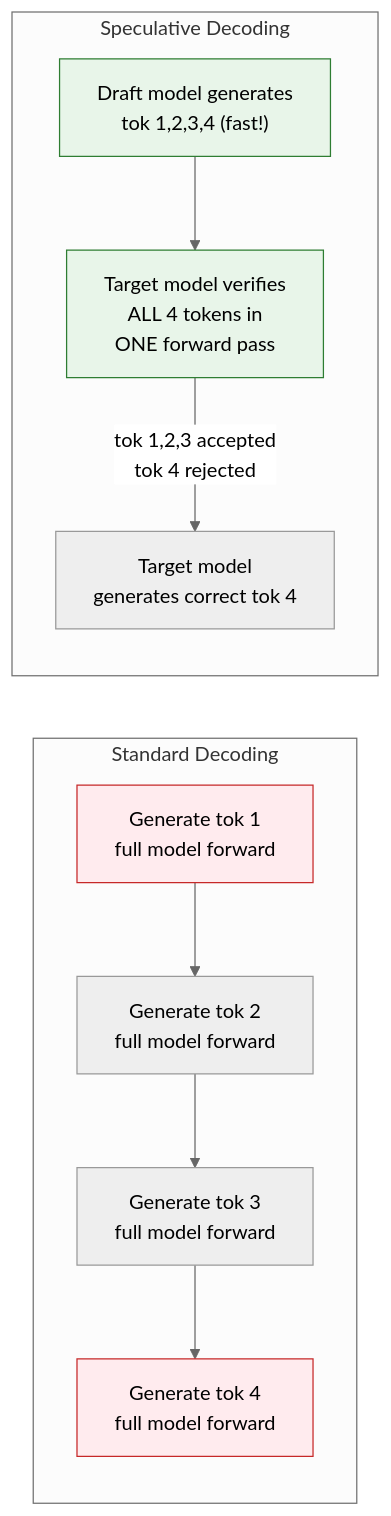
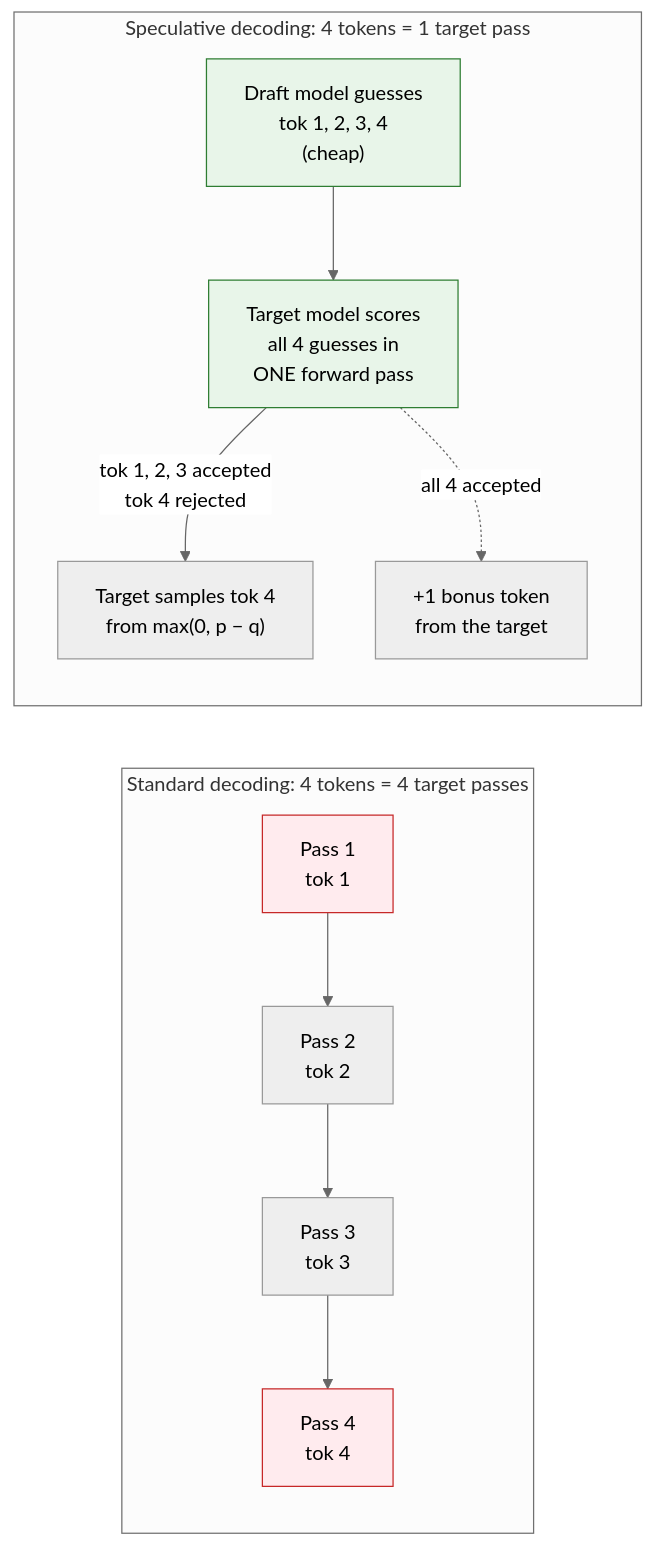
Diagram 19 of 26 in content/34b_google_top10_ml_interview_part2.md (Hmago/ml4), drawn with Mermaid (neutral theme) before and after one commit. The commit also changed other lines of this file and 59 other files, not shown here.

````diff
--- a/content/34b_google_top10_ml_interview_part2.md
+++ b/content/34b_google_top10_ml_interview_part2.md
@@ -1355,18 +2195,19 @@
 ```mermaid
 graph LR
-    subgraph "Standard Decoding"
-        S1["Generate tok 1<br/>full model forward"] --> S2["Generate tok 2<br/>full model forward"]
-        S2 --> S3["Generate tok 3<br/>full model forward"]
-        S3 --> S4["Generate tok 4<br/>full model forward"]
+    subgraph "Standard decoding: 4 tokens = 4 target passes"
+        S1["Pass 1<br/>tok 1"] --> S2["Pass 2<br/>tok 2"]
+        S2 --> S3["Pass 3<br/>tok 3"]
+        S3 --> S4["Pass 4<br/>tok 4"]
     end
 
-    subgraph "Speculative Decoding"
-        D1["Draft model generates<br/>tok 1,2,3,4 (fast!)"] --> V1["Target model verifies<br/>ALL 4 tokens in<br/>ONE forward pass"]
-        V1 -->|"tok 1,2,3 accepted<br/>tok 4 rejected"| FIX["Target model<br/>generates correct tok 4"]
+    subgraph "Speculative decoding: 4 tokens = 1 target pass"
+        D1["Draft model guesses<br/>tok 1, 2, 3, 4<br/>(cheap)"] --> V1["Target model scores<br/>all 4 guesses in<br/>ONE forward pass"]
+        V1 -->|"tok 1, 2, 3 accepted<br/>tok 4 rejected"| FIX["Target samples tok 4<br/>from max(0, p − q)"]
+        V1 -.->|"all 4 accepted"| BONUS["+1 bonus token<br/>from the target"]
     end
 
     style S1 fill:#ffebee,stroke:#c62828,color:#000
     style S4 fill:#ffebee,stroke:#c62828,color:#000
     style D1 fill:#e8f5e9,stroke:#2e7d32,color:#000
     style V1 fill:#e8f5e9,stroke:#2e7d32,color:#000
 ```
````
